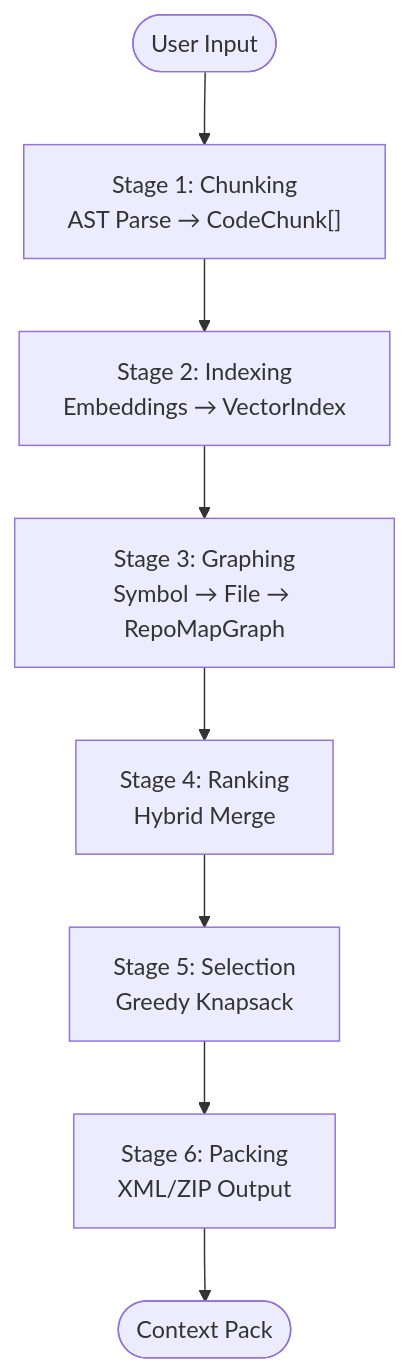
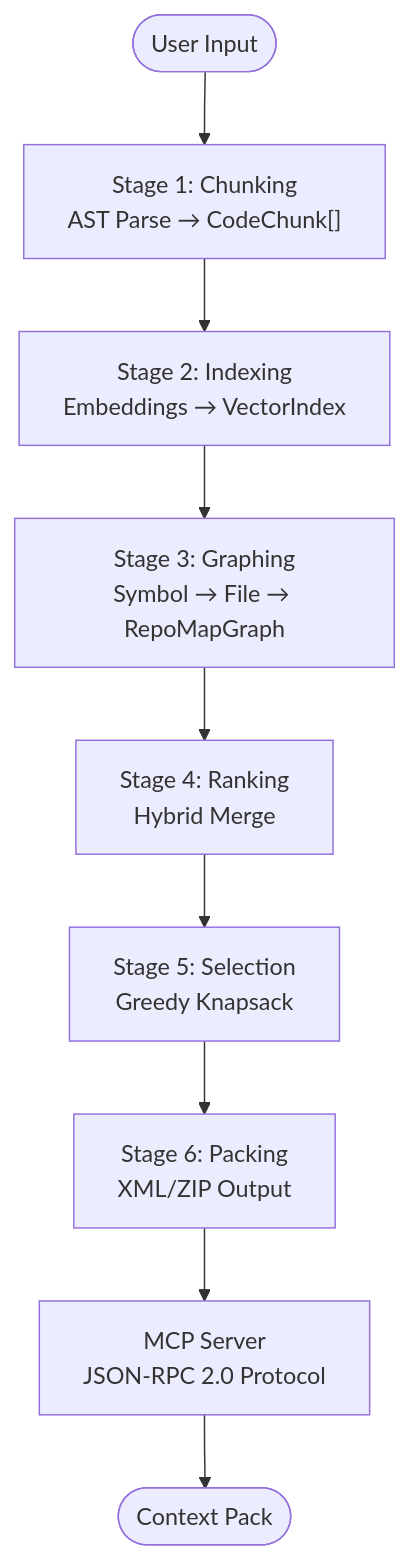
The second of 5 diagrams in .qoder/repowiki/en/content/Development Guide.md (maemreyo/zmr-ctx-paker), drawn with Mermaid before and after one commit. The commit also changed other lines of this file and 6 other files, not shown here.

````diff
--- a/.qoder/repowiki/en/content/Development Guide.md
+++ b/.qoder/repowiki/en/content/Development Guide.md
@@ -99,10 +148,11 @@
 ```mermaid
 flowchart TD
 Start(["User Input"]) --> Stage1["Stage 1: Chunking<br/>AST Parse → CodeChunk[]"]
 Stage1 --> Stage2["Stage 2: Indexing<br/>Embeddings → VectorIndex"]
 Stage2 --> Stage3["Stage 3: Graphing<br/>Symbol → File → RepoMapGraph"]
 Stage3 --> Stage4["Stage 4: Ranking<br/>Hybrid Merge"]
 Stage4 --> Stage5["Stage 5: Selection<br/>Greedy Knapsack"]
 Stage5 --> Stage6["Stage 6: Packing<br/>XML/ZIP Output"]
-Stage6 --> End(["Context Pack"])
+Stage6 --> MCP["MCP Server<br/>JSON-RPC 2.0 Protocol"]
+MCP --> End(["Context Pack"])
 ```
````
